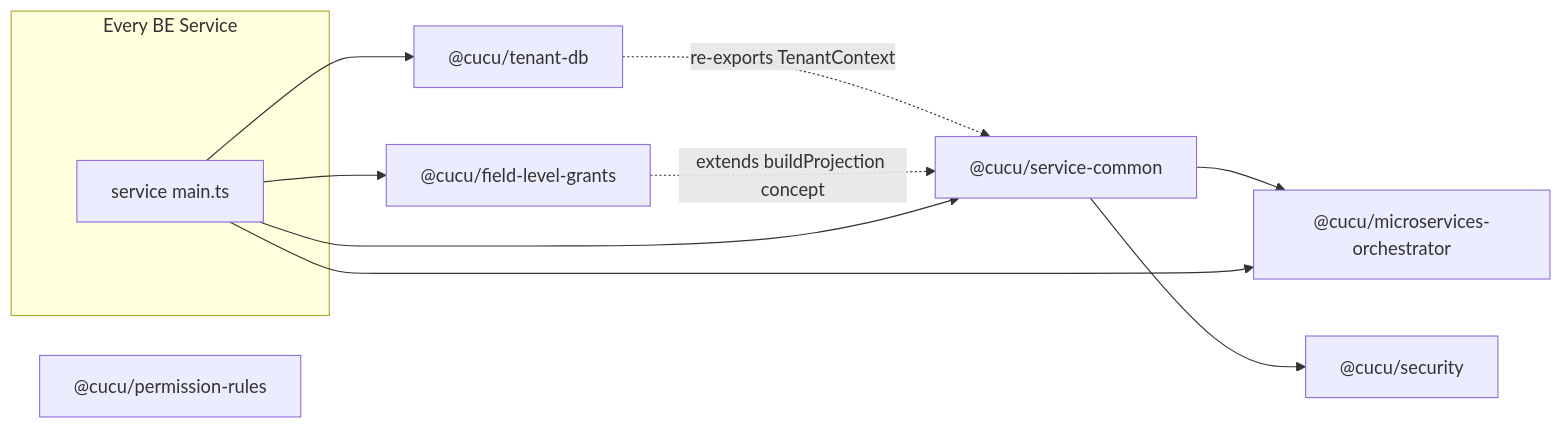
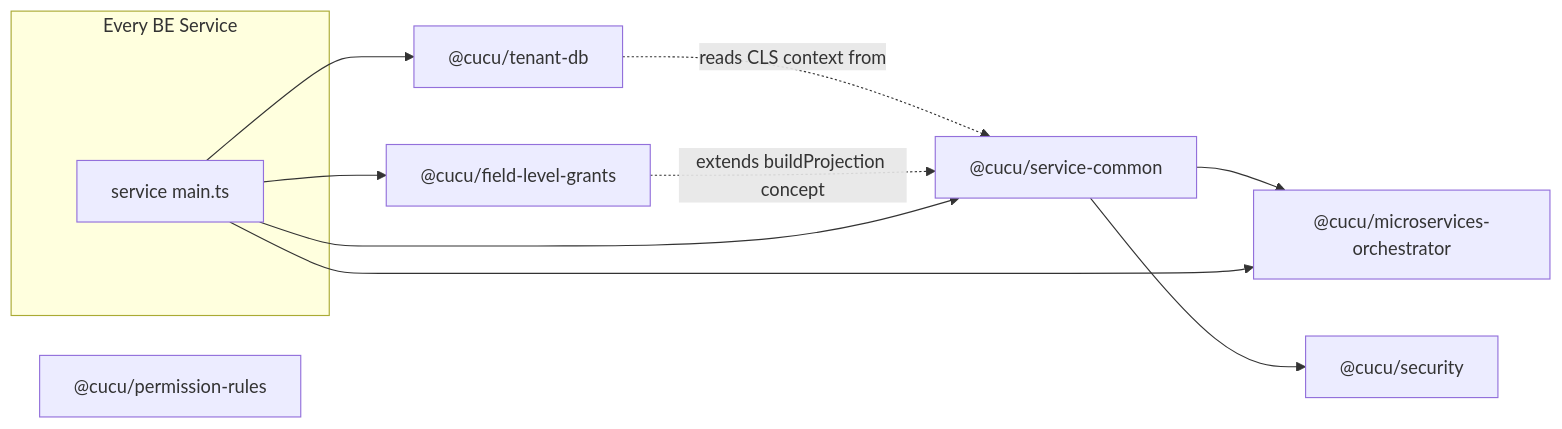
Before and after one commit to CucuProject/cucu-docs: the fourth of 4 diagrams in docs/shared/service-common.md, drawn with Mermaid. The commit also changed other lines of this file and 14 other files, not shown here.

````diff
--- a/docs/shared/service-common.md
+++ b/docs/shared/service-common.md
@@ -575,24 +611,24 @@
 ```mermaid
 graph LR
     SC["@cucu/service-common"]
     SEC["@cucu/security"]
     MO["@cucu/microservices-orchestrator"]
     TD["@cucu/tenant-db"]
     FLG["@cucu/field-level-grants"]
     PR["@cucu/permission-rules"]
 
     SC --> MO
     SC --> SEC
 
-    TD -.->|re-exports TenantContext| SC
+    TD -.->|reads CLS context from| SC
     FLG -.->|extends buildProjection concept| SC
 
     subgraph "Every BE Service"
         SVC["service main.ts"]
     end
 
     SVC --> SC
     SVC --> TD
     SVC --> FLG
     SVC --> MO
 ```
````
